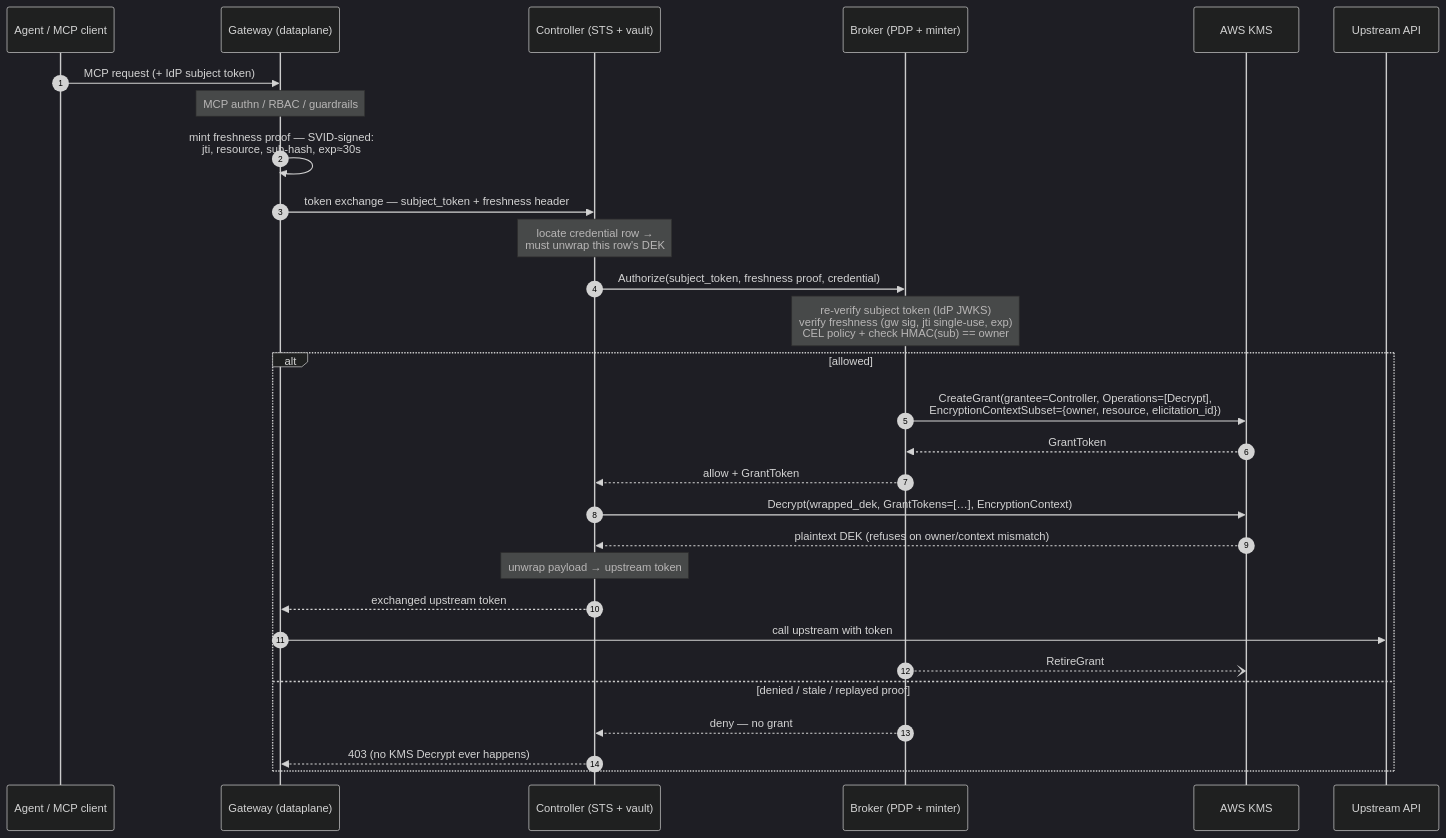
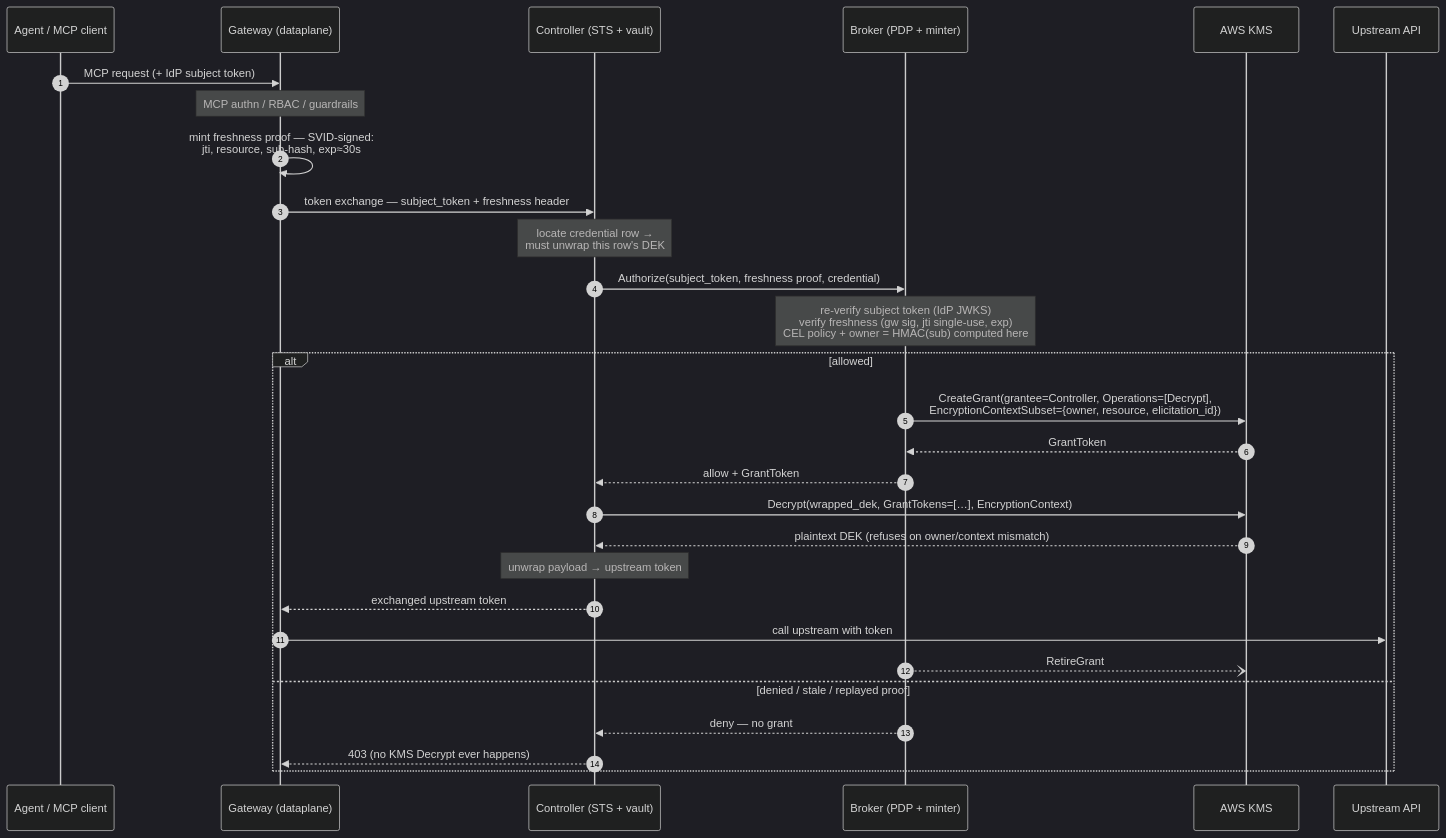
One commit to agentgateway/website changed the diagram in content/blog/2026-08-03-protecting-token-vault-kms-credential-injection.md. Above: the diagram before and after it, drawn with Mermaid (dark theme). The commit also changed other lines of this file and 2 other files, not shown here.

````diff
--- a/content/blog/2026-08-03-protecting-token-vault-kms-credential-injection.md
+++ b/content/blog/2026-08-03-protecting-token-vault-kms-credential-injection.md
@@ -138,32 +148,32 @@
 ```mermaid
 sequenceDiagram
     autonumber
     participant AG as Agent / MCP client
     participant GW as Gateway (dataplane)
     participant CT as Controller (STS + vault)
     participant BR as Broker (PDP + minter)
     participant KMS as AWS KMS
     participant UP as Upstream API
 
     AG->>GW: MCP request (+ IdP subject token)
     Note over GW: MCP authn / RBAC / guardrails
     GW->>GW: mint freshness proof — SVID-signed:<br/>jti, resource, sub-hash, exp≈30s
     GW->>CT: token exchange — subject_token + freshness header
     Note over CT: locate credential row →<br/>must unwrap this row's DEK
     CT->>BR: Authorize(subject_token, freshness proof, credential)
-    Note over BR: re-verify subject token (IdP JWKS)<br/>verify freshness (gw sig, jti single-use, exp)<br/>CEL policy + check HMAC(sub) == owner
+    Note over BR: re-verify subject token (IdP JWKS)<br/>verify freshness (gw sig, jti single-use, exp)<br/>CEL policy + owner = HMAC(sub) computed here
     alt allowed
         BR->>KMS: CreateGrant(grantee=Controller, Operations=[Decrypt],<br/>EncryptionContextSubset={owner, resource, elicitation_id})
         KMS-->>BR: GrantToken
         BR-->>CT: allow + GrantToken
         CT->>KMS: Decrypt(wrapped_dek, GrantTokens=[…], EncryptionContext)
         KMS-->>CT: plaintext DEK  (refuses on owner/context mismatch)
         Note over CT: unwrap payload → upstream token
         CT-->>GW: exchanged upstream token
         GW->>UP: call upstream with token
         BR--)KMS: RetireGrant
     else denied / stale / replayed proof
         BR-->>CT: deny — no grant
         CT-->>GW: 403 (no KMS Decrypt ever happens)
     end
 ```
````
